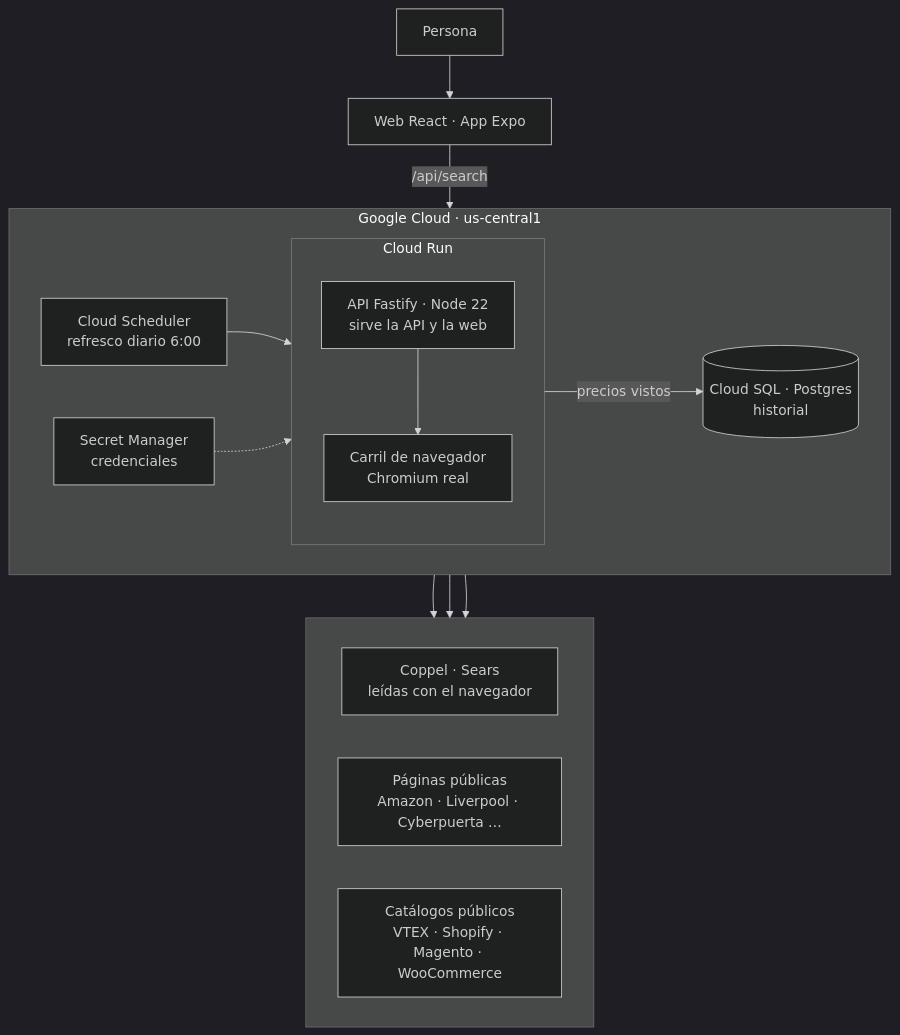
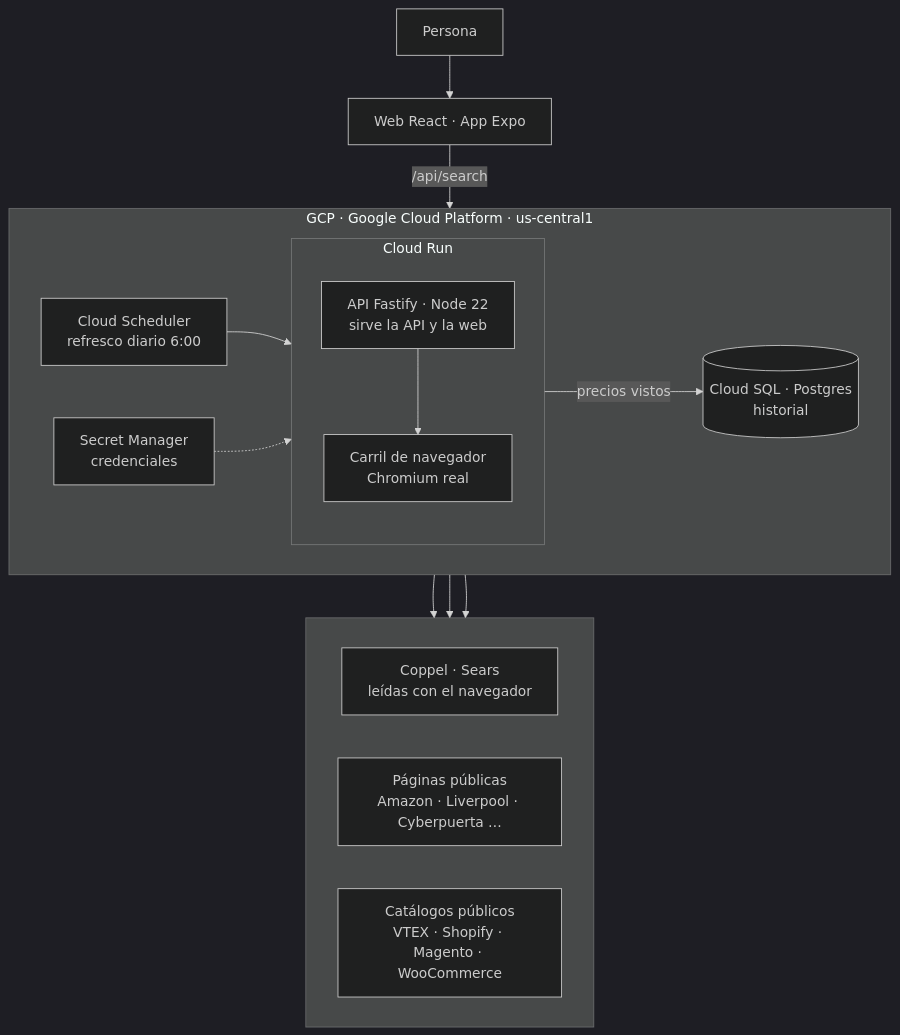
The diagram in README.md (Robertogag/precioradar), drawn with Mermaid (dark theme) before and after one commit. The commit also changed other lines of this file, not shown here.

Commit message:
README: GCP explícito en el diagrama, en Cómo funciona, en Despliegue y en el resumen en inglés

````diff
--- a/README.md
+++ b/README.md
@@ -47,24 +47,24 @@
 ```mermaid
 flowchart TB
   U[Persona] --> W[Web React · App Expo]
   W -->|/api/search| A
-  subgraph GCP[Google Cloud · us-central1]
+  subgraph GCP[GCP · Google Cloud Platform · us-central1]
     direction LR
     S[Cloud Scheduler<br/>refresco diario 6:00] --> A
     SM[Secret Manager<br/>credenciales] -.-> A
     subgraph RUN[Cloud Run]
       direction TB
       A[API Fastify · Node 22<br/>sirve la API y la web] --> B[Carril de navegador<br/>Chromium real]
     end
     A -->|precios vistos| P[(Cloud SQL · Postgres<br/>historial)]
   end
   subgraph T[" "]
     direction LR
     T3[Coppel · Sears<br/>leídas con el navegador]
     T2[Páginas públicas<br/>Amazon · Liverpool · Cyberpuerta …]
     T1[Catálogos públicos<br/>VTEX · Shopify · Magento · WooCommerce]
   end
   B --> T3
   A --> T2
   A --> T1
 ```
````
